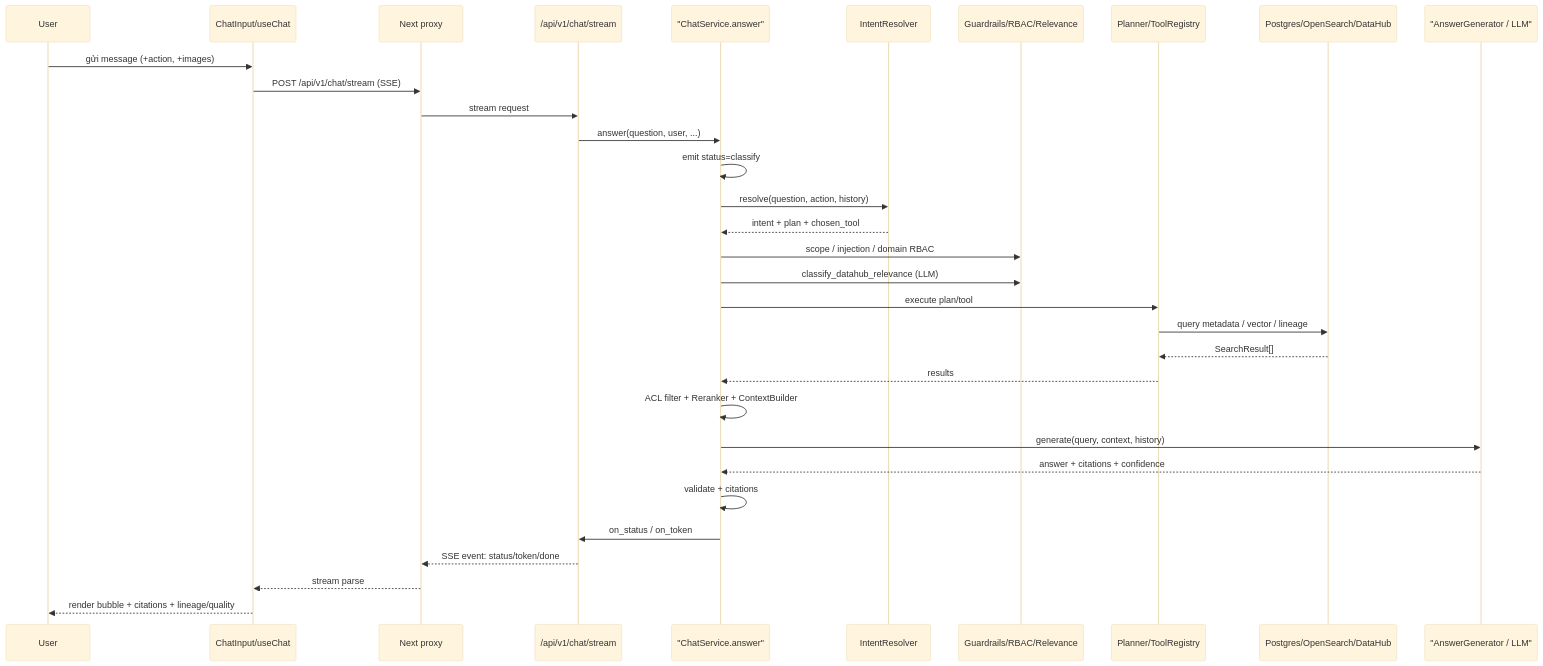
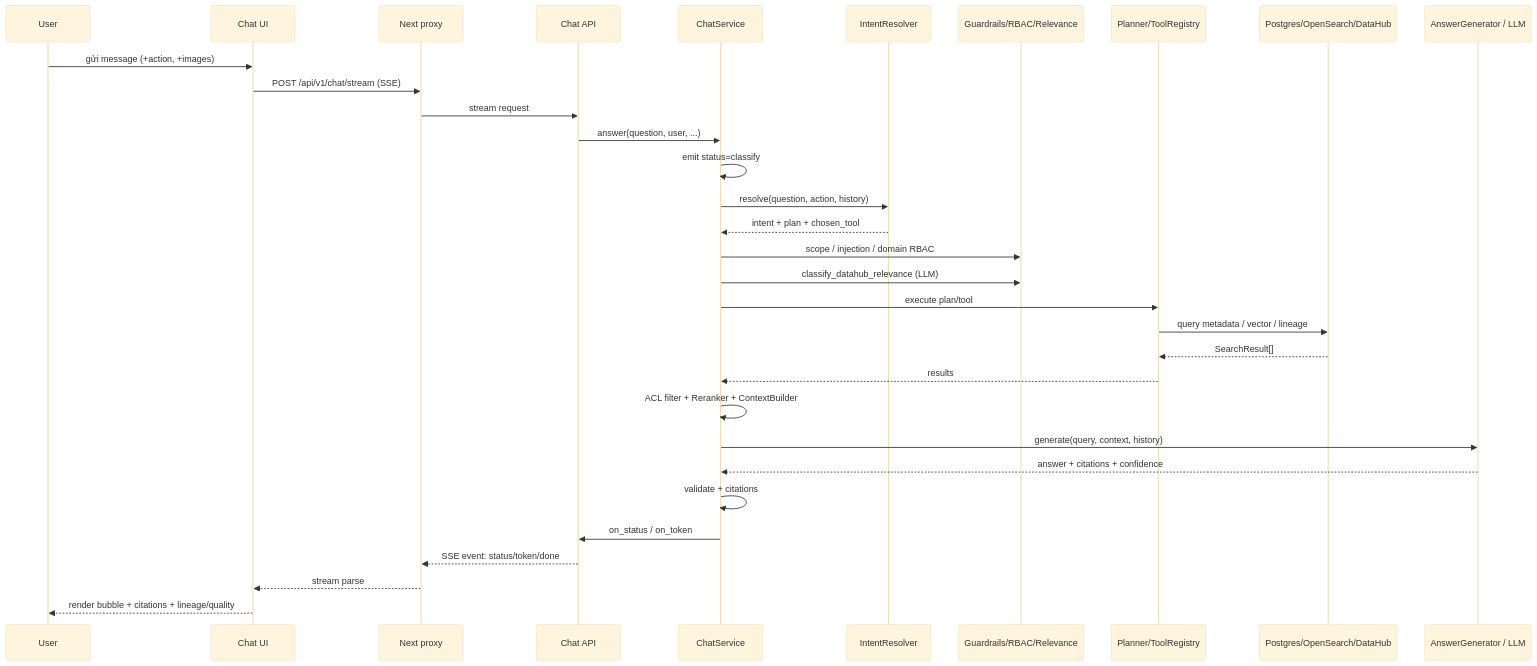
One commit to anoreo07/datahub_ai_chatbot changed the second of 16 diagrams in datahub-ai-chatbot/docs/TECHNICAL_ARCHITECTURE_REPORT.md. Above: the diagram before and after it, drawn with Mermaid (base theme). The commit also changed other lines of this file and 414 other files, not shown here.

````diff
--- a/datahub-ai-chatbot/docs/TECHNICAL_ARCHITECTURE_REPORT.md
+++ b/datahub-ai-chatbot/docs/TECHNICAL_ARCHITECTURE_REPORT.md
@@ -327,35 +140,35 @@
 ```mermaid
 sequenceDiagram
     participant U as User
-    participant F as ChatInput/useChat
+    participant F as Chat UI
     participant P as Next proxy
-    participant API as /api/v1/chat/stream
-    participant CS as "ChatService.answer"
+    participant API as Chat API
+    participant CS as ChatService
     participant IR as IntentResolver
     participant G as Guardrails/RBAC/Relevance
     participant PL as Planner/ToolRegistry
     participant DB as Postgres/OpenSearch/DataHub
-    participant LLM as "AnswerGenerator / LLM"
+    participant LLM as AnswerGenerator / LLM
 
     U->>F: gửi message (+action, +images)
     F->>P: POST /api/v1/chat/stream (SSE)
     P->>API: stream request
     API->>CS: answer(question, user, ...)
     CS->>CS: emit status=classify
     CS->>IR: resolve(question, action, history)
     IR-->>CS: intent + plan + chosen_tool
     CS->>G: scope / injection / domain RBAC
     CS->>G: classify_datahub_relevance (LLM)
     CS->>PL: execute plan/tool
     PL->>DB: query metadata / vector / lineage
     DB-->>PL: SearchResult[]
     PL-->>CS: results
     CS->>CS: ACL filter + Reranker + ContextBuilder
     CS->>LLM: generate(query, context, history)
     LLM-->>CS: answer + citations + confidence
     CS->>CS: validate + citations
     CS->>API: on_status / on_token
     API-->>P: SSE event: status/token/done
     P-->>F: stream parse
     F-->>U: render bubble + citations + lineage/quality
 ```
````
